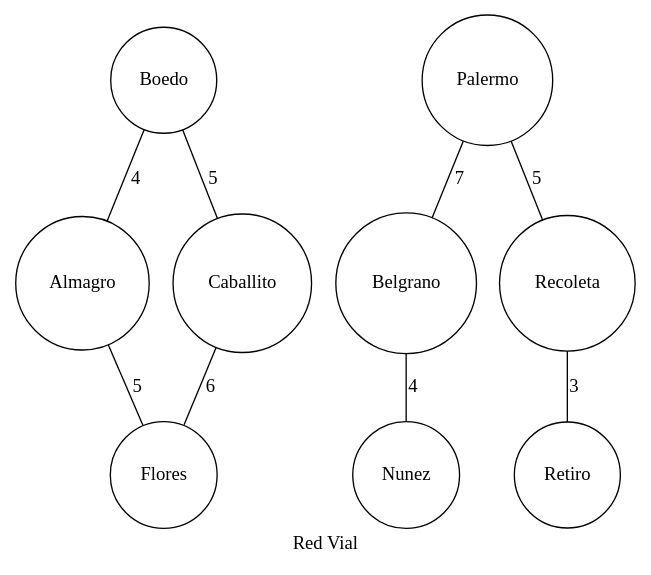
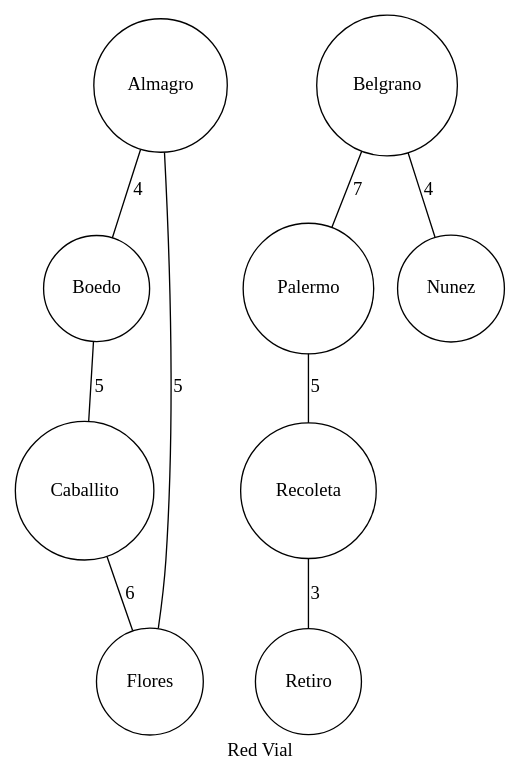
Before and after one commit to MateoDi9z/city-graphs: the diagram in resources/ejemplo/vial.dot, drawn with Graphviz. The commit also changed 3 other files, not shown here.

```diff
--- a/resources/ejemplo/vial.dot
+++ b/resources/ejemplo/vial.dot
@@ -1,13 +1,13 @@
 graph {
   label="Red Vial";
   node [shape=circle];
 
+  Almagro -- Boedo [label="4"];
   Almagro -- Flores [label="5"];
+  Belgrano -- Palermo [label="7"];
   Belgrano -- Nunez [label="4"];
-  Boedo -- Almagro [label="4"];
   Boedo -- Caballito [label="5"];
   Caballito -- Flores [label="6"];
   Palermo -- Recoleta [label="5"];
-  Palermo -- Belgrano [label="7"];
   Recoleta -- Retiro [label="3"];
 }
```
